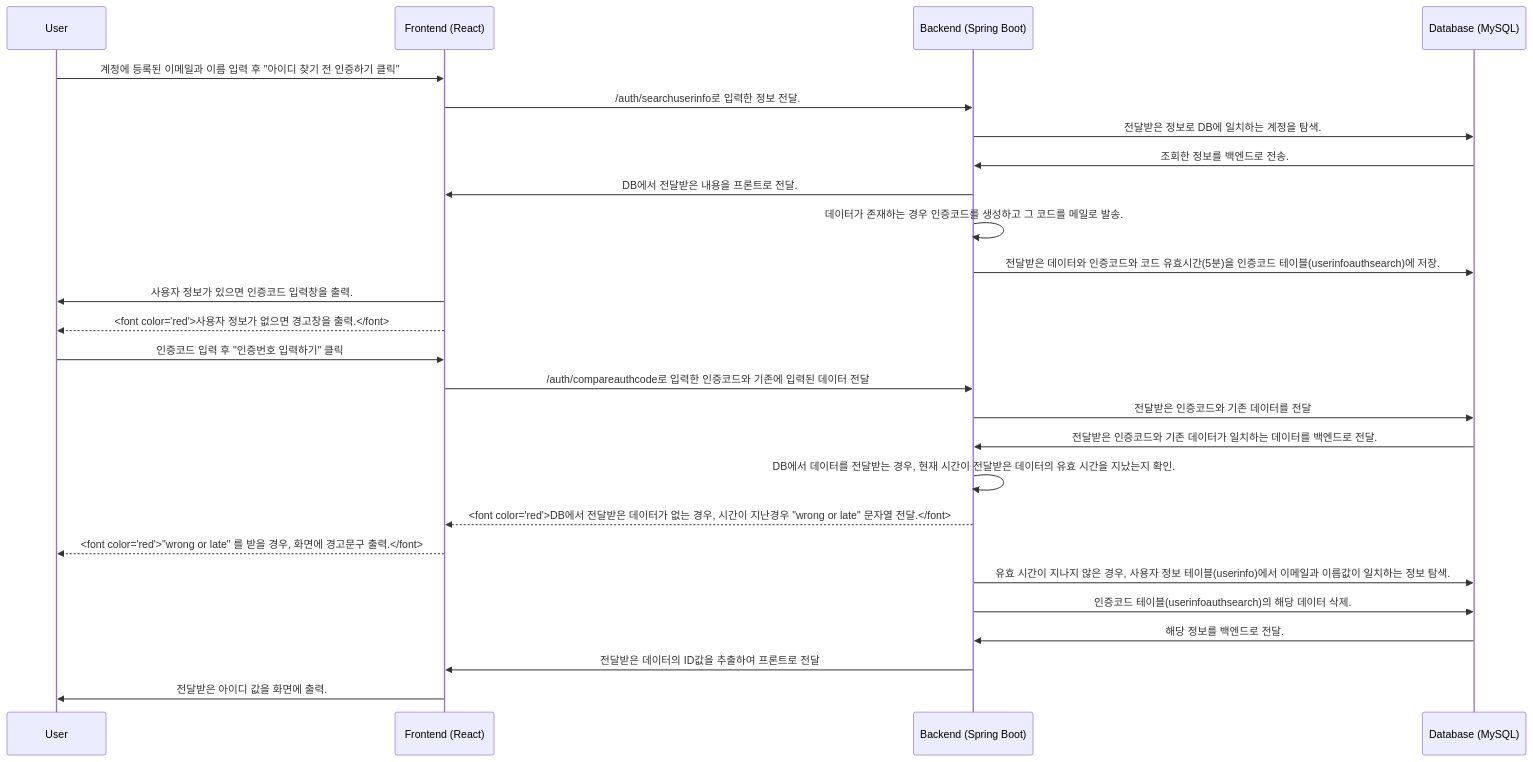
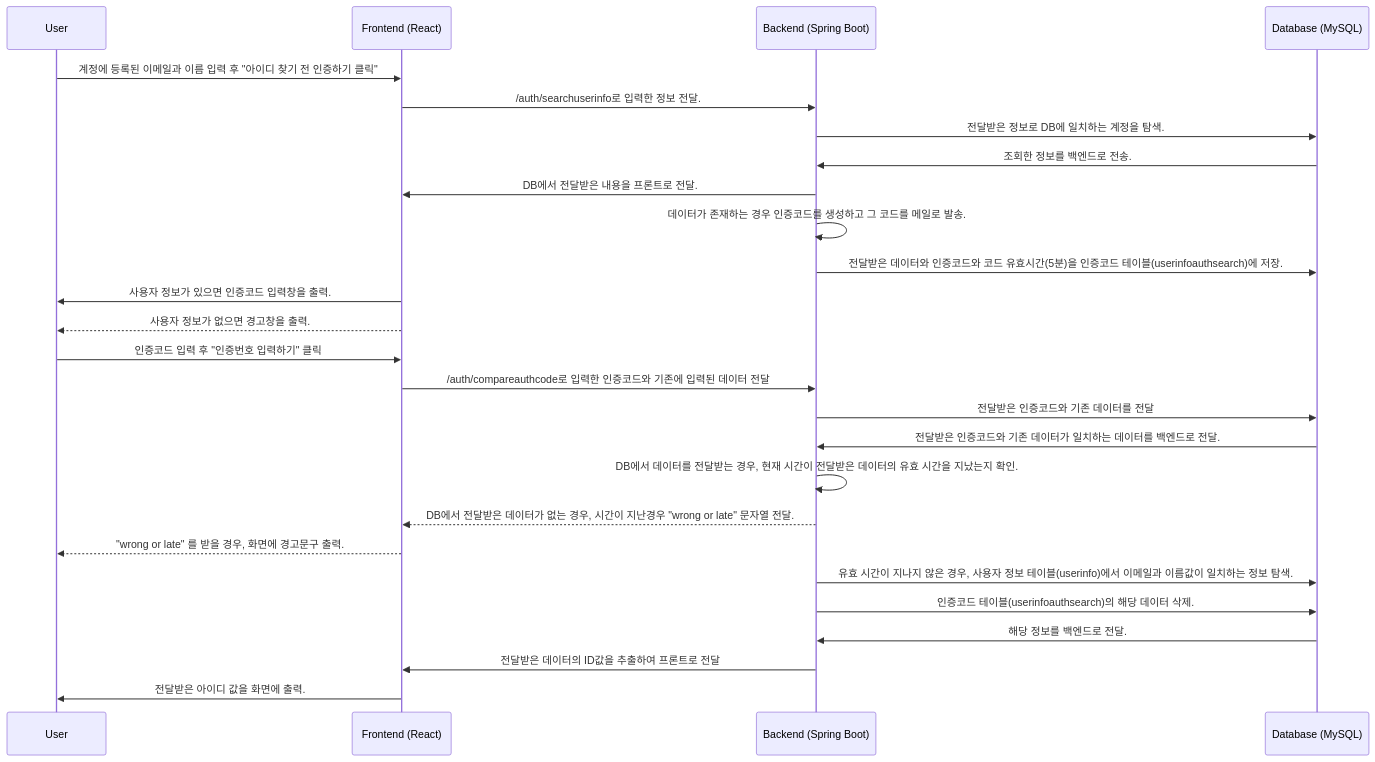
One commit to SUNGJISUCK95/teamproject changed the third of 5 diagrams in bicycle-app/frontend/Auth.md. Above: the diagram before and after it, drawn with Mermaid. The commit also changed other lines of this file, not shown here.

````diff
--- a/bicycle-app/frontend/Auth.md
+++ b/bicycle-app/frontend/Auth.md
@@ -44,29 +44,29 @@
 ```mermaid
 sequenceDiagram
     participant User
     participant Frontend as Frontend (React)
     participant Backend as Backend (Spring Boot)
     participant DB as Database (MySQL)
 %% 3-1. 아이디 찾기
     User->>Frontend: 계정에 등록된 이메일과 이름 입력 후 "아이디 찾기 전 인증하기 클릭"
     Frontend->>Backend: /auth/searchuserinfo로 입력한 정보 전달.
     Backend->>DB: 전달받은 정보로 DB에 일치하는 계정을 탐색.
     DB->>Backend: 조회한 정보를 백엔드로 전송.
     Backend->>Frontend: DB에서 전달받은 내용을 프론트로 전달.
     Backend->>Backend: 데이터가 존재하는 경우 인증코드를 생성하고 그 코드를 메일로 발송.
     Backend->>DB: 전달받은 데이터와 인증코드와 코드 유효시간(5분)을 인증코드 테이블(userinfoauthsearch)에 저장. 
     Frontend->>User : 사용자 정보가 있으면 인증코드 입력창을 출력.
-    Frontend-->>User : <font color="red">사용자 정보가 없으면 경고창을 출력.</font>
+    Frontend-->>User : 사용자 정보가 없으면 경고창을 출력.
     User->>Frontend: 인증코드 입력 후 "인증번호 입력하기" 클릭
     Frontend->>Backend: /auth/compareauthcode로 입력한 인증코드와 기존에 입력된 데이터 전달
     Backend->>DB: 전달받은 인증코드와 기존 데이터를 전달
     DB->>Backend : 전달받은 인증코드와 기존 데이터가 일치하는 데이터를 백엔드로 전달.
     Backend->>Backend: DB에서 데이터를 전달받는 경우, 현재 시간이 전달받은 데이터의 유효 시간을 지났는지 확인.
-    Backend-->>Frontend: <font color="red">DB에서 전달받은 데이터가 없는 경우, 시간이 지난경우 "wrong or late" 문자열 전달.</font>
-    Frontend-->>User: <font color="red">"wrong or late" 를 받을 경우, 화면에 경고문구 출력.</font>
+    Backend-->>Frontend: DB에서 전달받은 데이터가 없는 경우, 시간이 지난경우 "wrong or late" 문자열 전달.
+    Frontend-->>User: "wrong or late" 를 받을 경우, 화면에 경고문구 출력.
     Backend->>DB:유효 시간이 지나지 않은 경우, 사용자 정보 테이블(userinfo)에서 이메일과 이름값이 일치하는 정보 탐색.
     Backend->>DB:인증코드 테이블(userinfoauthsearch)의 해당 데이터 삭제.
     DB->>Backend : 해당 정보를 백엔드로 전달.
     Backend->>Frontend: 전달받은 데이터의 ID값을 추출하여 프론트로 전달
     Frontend->>User: 전달받은 아이디 값을 화면에 출력. 
 ```
````
